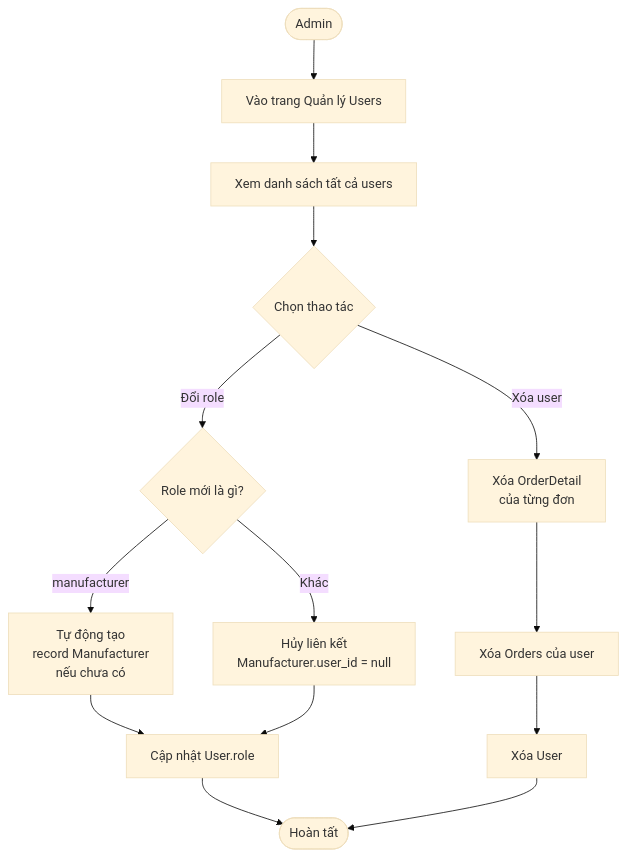
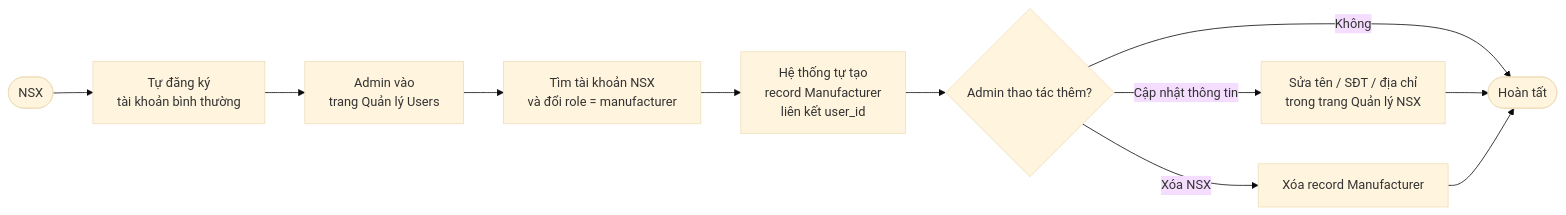
Before and after one commit to thien258/luanvantotnghiep: diagram 17 of 18 in app/Http/doc/diagrams.md, drawn with Mermaid (base theme). The commit also changed other lines of this file and 27 other files, not shown here.

````diff
--- a/app/Http/doc/diagrams.md
+++ b/app/Http/doc/diagrams.md
@@ -568,14 +592,13 @@
 ```mermaid
-flowchart TD
-    A([Admin]) --> B[Vào trang Quản lý Users]
-    B --> C[Xem danh sách tất cả users]
-    C --> D{Chọn thao tác}
-    D -->|Đổi role| E{Role mới là gì?}
-    E -->|manufacturer| F[Tự động tạo\nrecord Manufacturer\nnếu chưa có]
-    E -->|Khác| G[Hủy liên kết\nManufacturer.user_id = null]
-    F & G --> H[Cập nhật User.role]
-    D -->|Xóa user| I[Xóa OrderDetail\ncủa từng đơn]
-    I --> J[Xóa Orders của user]
-    J --> K[Xóa User]
-    H & K --> L([Hoàn tất])
+flowchart LR
+    A([NSX]) --> B[Tự đăng ký\ntài khoản bình thường]
+    B --> C[Admin vào\ntrang Quản lý Users]
+    C --> D[Tìm tài khoản NSX\nvà đổi role = manufacturer]
+    D --> E[Hệ thống tự tạo\nrecord Manufacturer\nliên kết user_id]
+    E --> F{Admin thao tác thêm?}
+    F -->|Cập nhật thông tin| G[Sửa tên / SĐT / địa chỉ\ntrong trang Quản lý NSX]
+    F -->|Xóa NSX| H[Xóa record Manufacturer]
+    F -->|Không| I([Hoàn tất])
+    G --> I
+    H --> I
 ```
````
